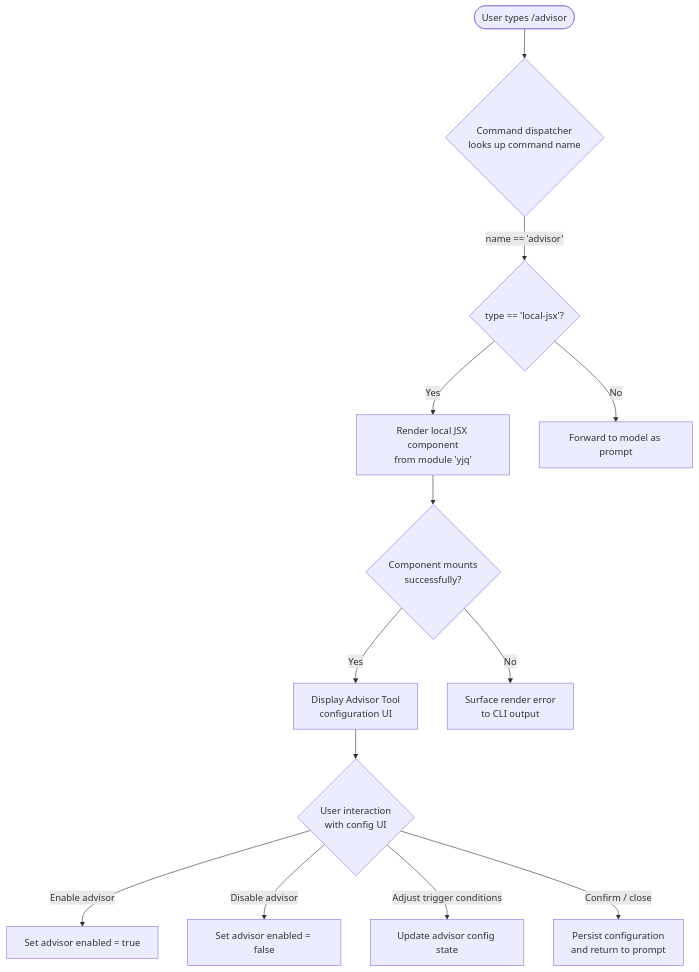
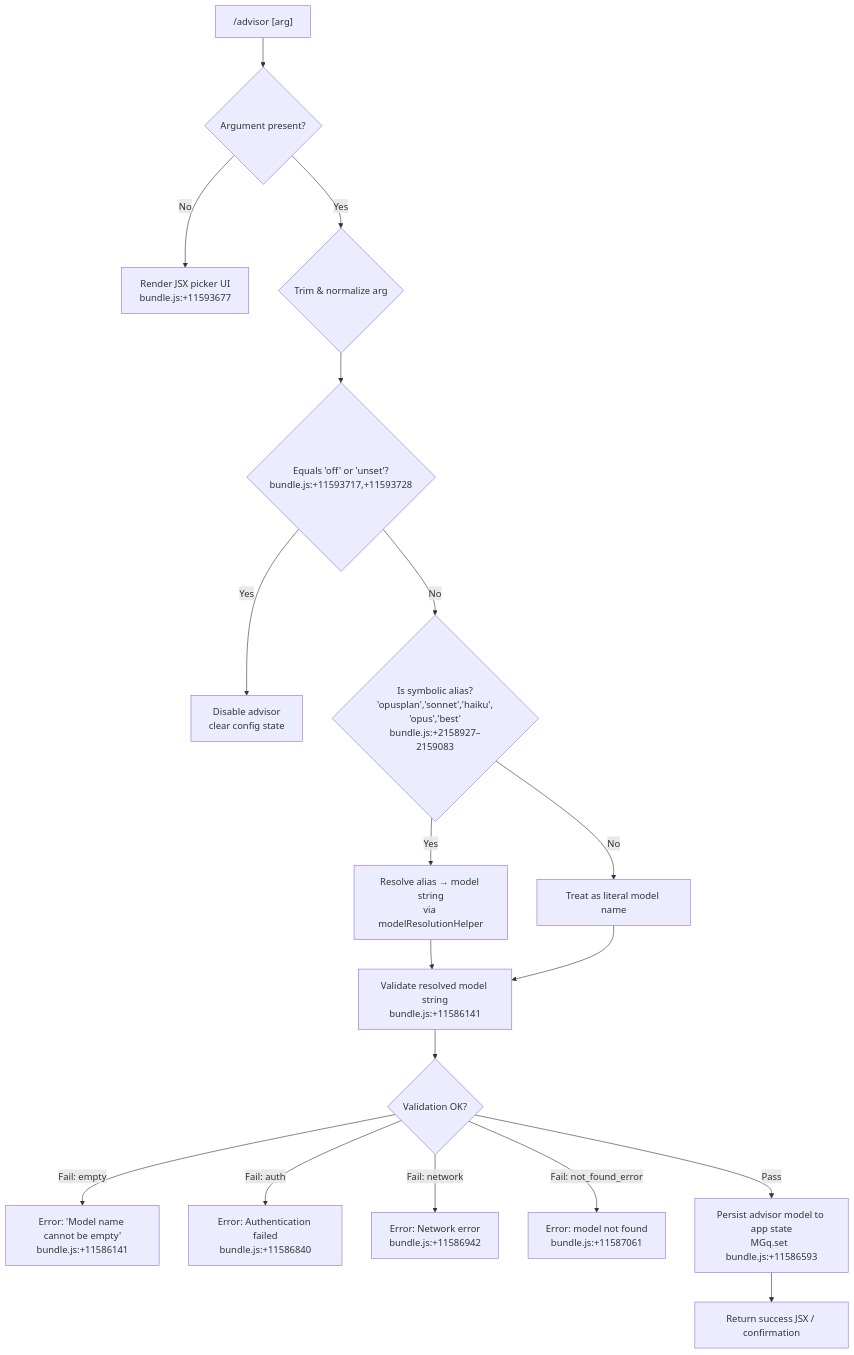
The diagram in versions/v2.1.142/advisor.md (MyLittleLuckyDog/cc-gnothi), drawn with Mermaid before and after one commit. The commit also changed other lines of this file and 483 other files, not shown here.

````diff
--- a/versions/v2.1.142/advisor.md
+++ b/versions/v2.1.142/advisor.md
@@ -51,15 +58,20 @@
 ```mermaid
 flowchart TD
-    A([User types /advisor]) --> B{Command dispatcher\nlooks up command name}
-    B -->|name == 'advisor'| C{type == 'local-jsx'?}
-    C -->|Yes| D[Render local JSX component\nfrom module 'yjq']
-    C -->|No| E[Forward to model as prompt]
-    D --> F{Component mounts\nsuccessfully?}
-    F -->|Yes| G[Display Advisor Tool\nconfiguration UI]
-    F -->|No| H[Surface render error\nto CLI output]
-    G --> I{User interaction\nwith config UI}
-    I -->|Enable advisor| J[Set advisor enabled = true]
-    I -->|Disable advisor| K[Set advisor enabled = false]
-    I -->|Adjust trigger conditions| L[Update advisor config state]
-    I -->|Confirm / close| M[Persist configuration\nand return to prompt]
+    A["/advisor [arg]"] --> B{Argument present?}
+    B -- "No" --> C[Render JSX picker UI\nbundle.js:+11593677]
+    B -- "Yes" --> D{Trim & normalize arg}
+    D --> E{Equals 'off' or 'unset'?\nbundle.js:+11593717,+11593728}
+    E -- "Yes" --> F[Disable advisor\nclear config state]
+    E -- "No" --> G{Is symbolic alias?\n'opusplan','sonnet','haiku',\n'opus','best'\nbundle.js:+2158927–2159083}
+    G -- "Yes" --> H[Resolve alias → model string\nvia modelResolutionHelper]
+    G -- "No" --> I[Treat as literal model name]
+    H --> J[Validate resolved model string\nbundle.js:+11586141]
+    I --> J
+    J --> K{Validation OK?}
+    K -- "Fail: empty" --> L[Error: 'Model name cannot be empty'\nbundle.js:+11586141]
+    K -- "Fail: auth" --> M[Error: Authentication failed\nbundle.js:+11586840]
+    K -- "Fail: network" --> N[Error: Network error\nbundle.js:+11586942]
+    K -- "Fail: not_found_error" --> O[Error: model not found\nbundle.js:+11587061]
+    K -- "Pass" --> P[Persist advisor model to app state\nMGq.set  bundle.js:+11586593]
+    P --> Q[Return success JSX / confirmation]
 ```
````
